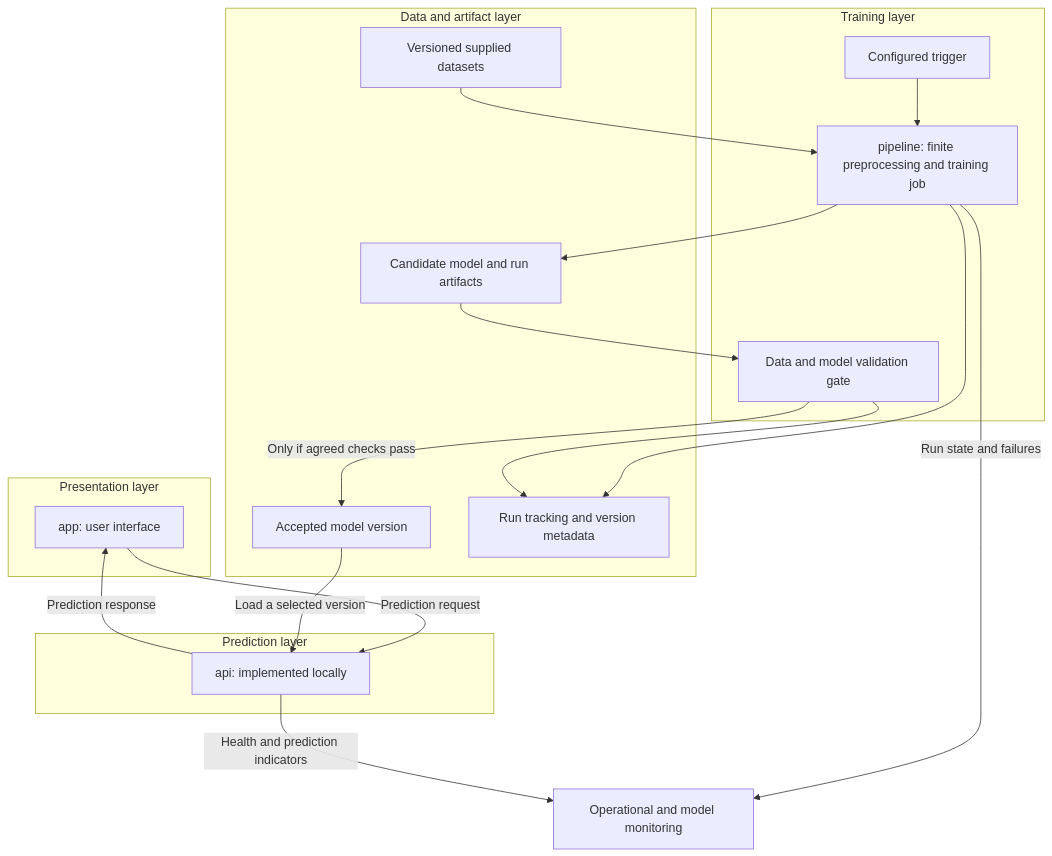
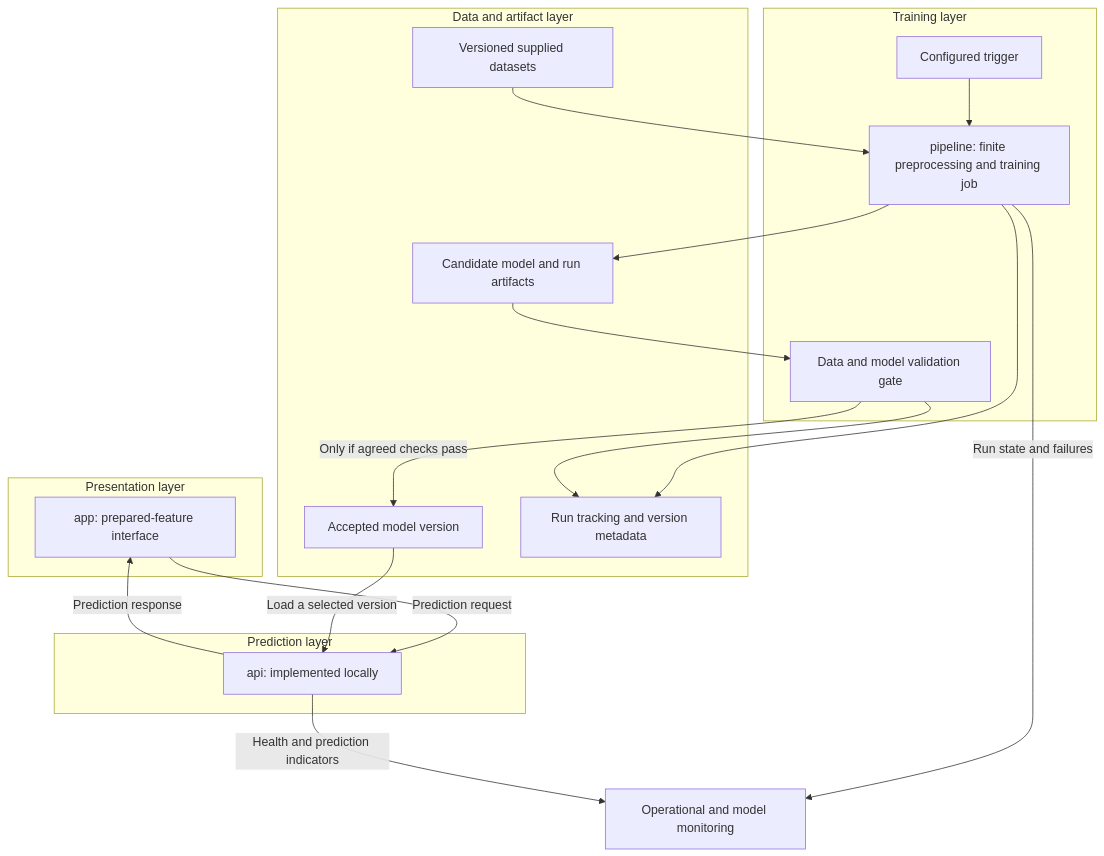
One commit to SiR1979/Template_MLOps_accidents changed the fifth of 5 diagrams in docs/architecture.md. Above: the diagram before and after it, drawn with Mermaid. The commit also changed other lines of this file and 8 other files, not shown here.

Commit message:
Add local prepared-feature application

````diff
--- a/docs/architecture.md
+++ b/docs/architecture.md
@@ -151,38 +182,38 @@
 ```mermaid
 flowchart TD
     subgraph PRESENTATION["Presentation layer"]
-        APP["app: user interface"]
+        APP["app: prepared-feature interface"]
     end
 
     subgraph SERVING["Prediction layer"]
         API["api: implemented locally"]
     end
 
     subgraph JOBS["Training layer"]
         TRIGGER["Configured trigger"]
         PIPELINE["pipeline: finite preprocessing and training job"]
         GATE["Data and model validation gate"]
     end
 
     subgraph STORAGE["Data and artifact layer"]
         DATASETS["Versioned supplied datasets"]
         CANDIDATE["Candidate model and run artifacts"]
         ACCEPTED["Accepted model version"]
         TRACKING["Run tracking and version metadata"]
     end
 
     MONITOR["Operational and model monitoring"]
 
     APP -->|"Prediction request"| API
     API -->|"Prediction response"| APP
     ACCEPTED -->|"Load a selected version"| API
     TRIGGER --> PIPELINE
     DATASETS --> PIPELINE
     PIPELINE --> CANDIDATE
     CANDIDATE --> GATE
     GATE -->|"Only if agreed checks pass"| ACCEPTED
     PIPELINE --> TRACKING
     GATE --> TRACKING
     PIPELINE -->|"Run state and failures"| MONITOR
     API -->|"Health and prediction indicators"| MONITOR
 ```
````
